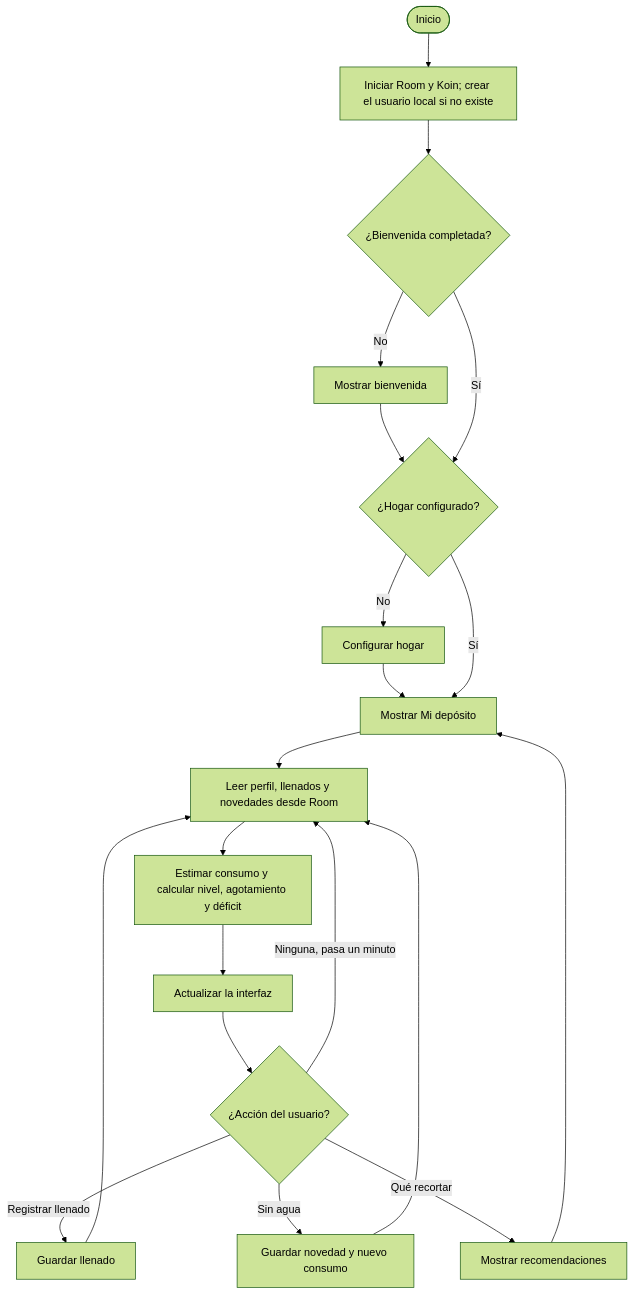
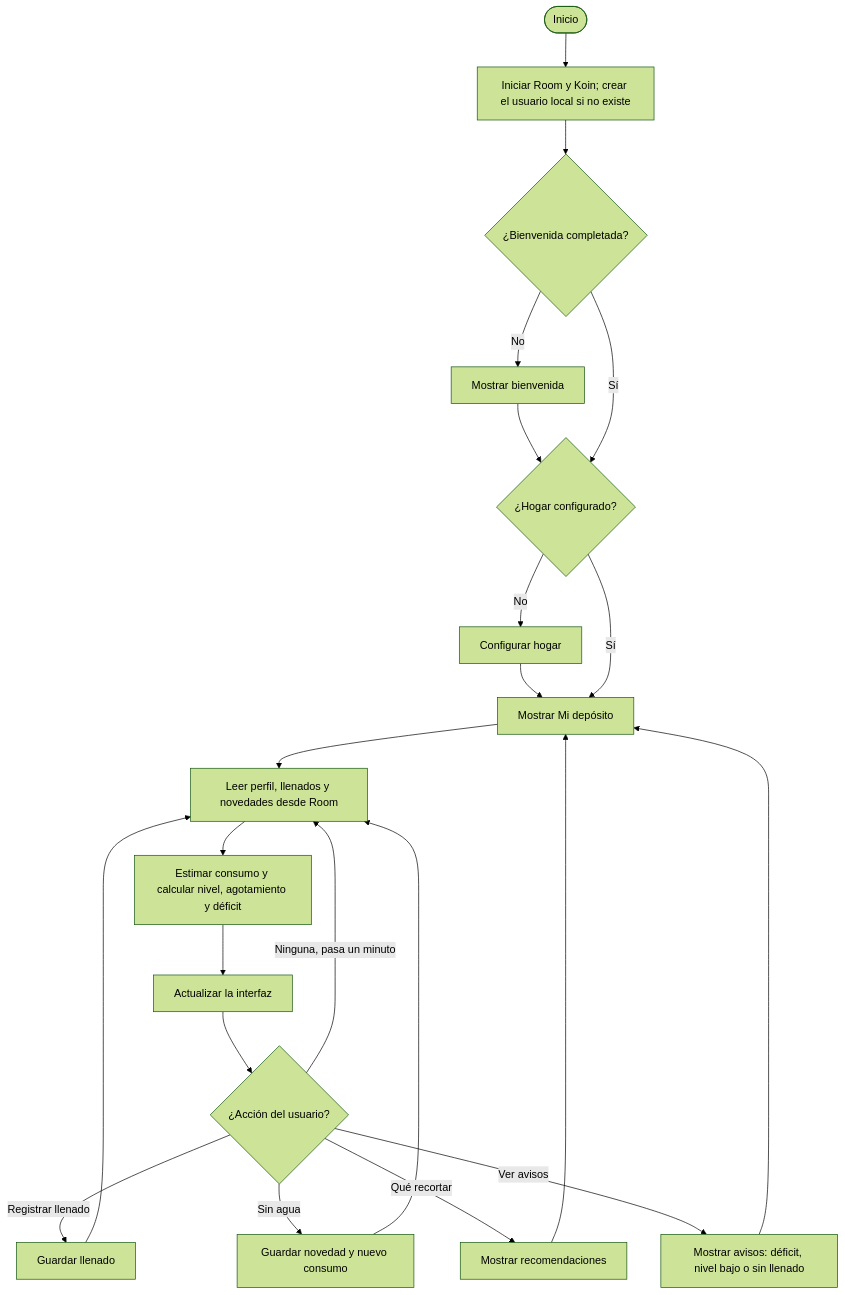
Before and after one commit to IkerASierraR/AguardApp: diagram 18 of 19 in informes/FD04-SAD.md, drawn with Mermaid (forest theme). The commit also changed other lines of this file and 2 other files, not shown here.

````diff
--- a/informes/FD04-SAD.md
+++ b/informes/FD04-SAD.md
@@ -579,22 +620,24 @@
 ```mermaid
 flowchart TD
     A([Inicio]) --> B[Iniciar Room y Koin; crear el usuario local si no existe]
     B --> C{¿Bienvenida completada?}
     C -- No --> D[Mostrar bienvenida]
     D --> E
     C -- Sí --> E{¿Hogar configurado?}
     E -- No --> F[Configurar hogar]
     F --> G
     E -- Sí --> G[Mostrar Mi depósito]
     G --> H[Leer perfil, llenados y novedades desde Room]
     H --> I[Estimar consumo y calcular nivel, agotamiento y déficit]
     I --> J[Actualizar la interfaz]
     J --> K{¿Acción del usuario?}
     K -- Registrar llenado --> L[Guardar llenado]
     K -- Sin agua --> M[Guardar novedad y nuevo consumo]
     K -- Qué recortar --> N[Mostrar recomendaciones]
+    K -- Ver avisos --> O[Mostrar avisos: déficit, nivel bajo o sin llenado]
     K -- Ninguna, pasa un minuto --> H
     L --> H
     M --> H
     N --> G
+    O --> G
 ```
````
